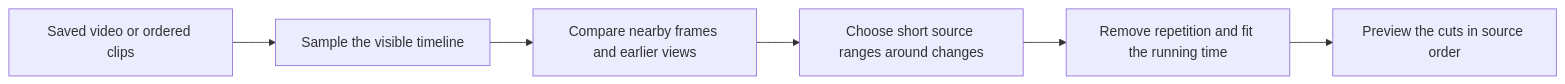
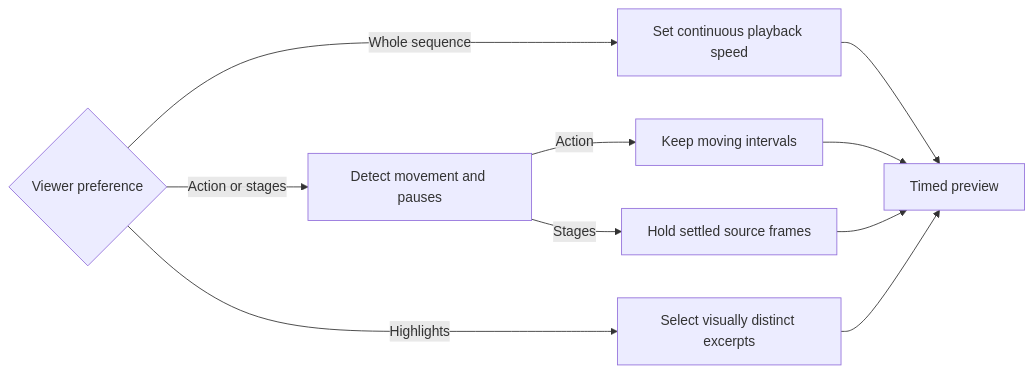
The diagram in docs/on-device-visual-models.md (mieweb/pulse), drawn with Mermaid before and after one commit. The commit also changed other lines of this file and 11 other files, not shown here.

Commit message:
Add continuous, action, and completed-stage beatlapse previews

````diff
--- a/docs/on-device-visual-models.md
+++ b/docs/on-device-visual-models.md
@@ -69,8 +35,12 @@
 ```mermaid
 flowchart LR
-  Input[Saved video or ordered clips] --> Frames[Sample the visible timeline]
-  Frames --> Compare[Compare nearby frames and earlier views]
-  Compare --> Windows[Choose short source ranges around changes]
-  Windows --> Budget[Remove repetition and fit the running time]
-  Budget --> Draft[Preview the cuts in source order]
+  Choice{Viewer preference} -->|Whole sequence| Speed[Set continuous playback speed]
+  Choice -->|Action or stages| Change[Detect movement and pauses]
+  Change -->|Action| Action[Keep moving intervals]
+  Change -->|Stages| Stills[Hold settled source frames]
+  Choice -->|Highlights| Views[Select visually distinct excerpts]
+  Speed --> Preview[Timed preview]
+  Action --> Preview
+  Stills --> Preview
+  Views --> Preview
 ```
````
